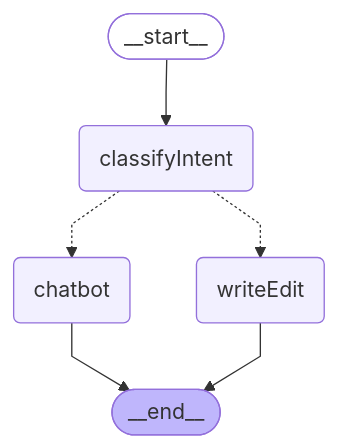
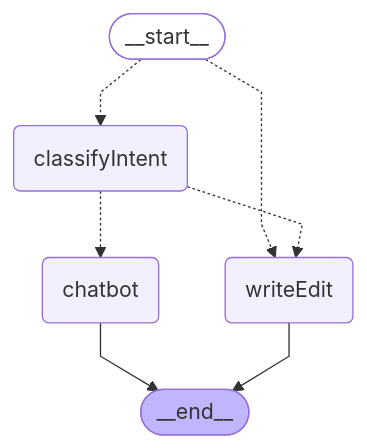
Before and after one commit to QingRiver/agent: the third of 6 diagrams in packages/graph/GRAPHS.md, drawn with Mermaid. The commit also changed other lines of this file and 57 other files, not shown here.

````diff
--- a/packages/graph/GRAPHS.md
+++ b/packages/graph/GRAPHS.md
@@ -66,17 +66,18 @@
 ```mermaid
 %%{init: {'flowchart': {'curve': 'linear'}}}%%
 graph TD
 	__start__([__start__]):::first
 	classifyIntent(classifyIntent)
 	chatbot(chatbot)
 	writeEdit(writeEdit)
 	__end__([__end__]):::last
-	__start__ --> classifyIntent;
 	chatbot --> __end__;
 	writeEdit --> __end__;
+	__start__ -.-> writeEdit;
+	__start__ -.-> classifyIntent;
 	classifyIntent -.-> chatbot;
 	classifyIntent -.-> writeEdit;
 	classDef default fill:#f2f0ff,line-height:1.2;
 	classDef first fill-opacity:0;
 	classDef last fill:#bfb6fc;
 ```
````
